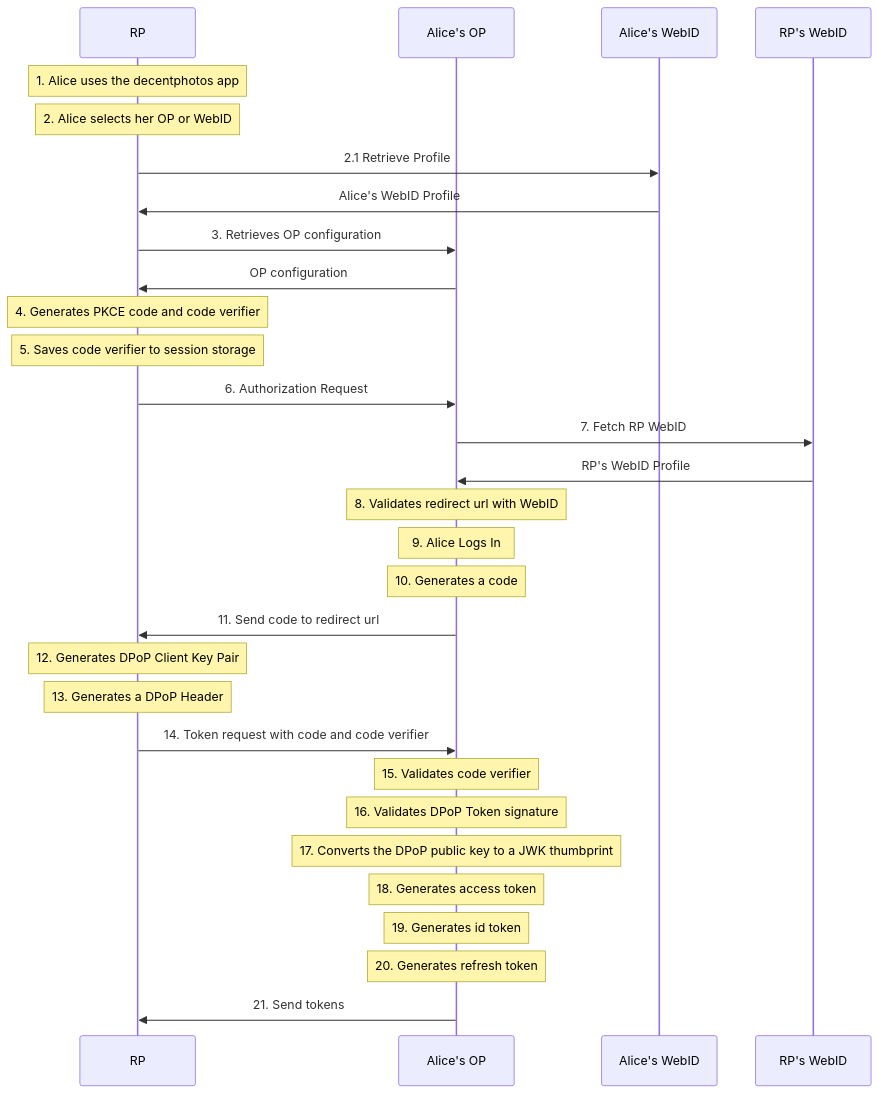
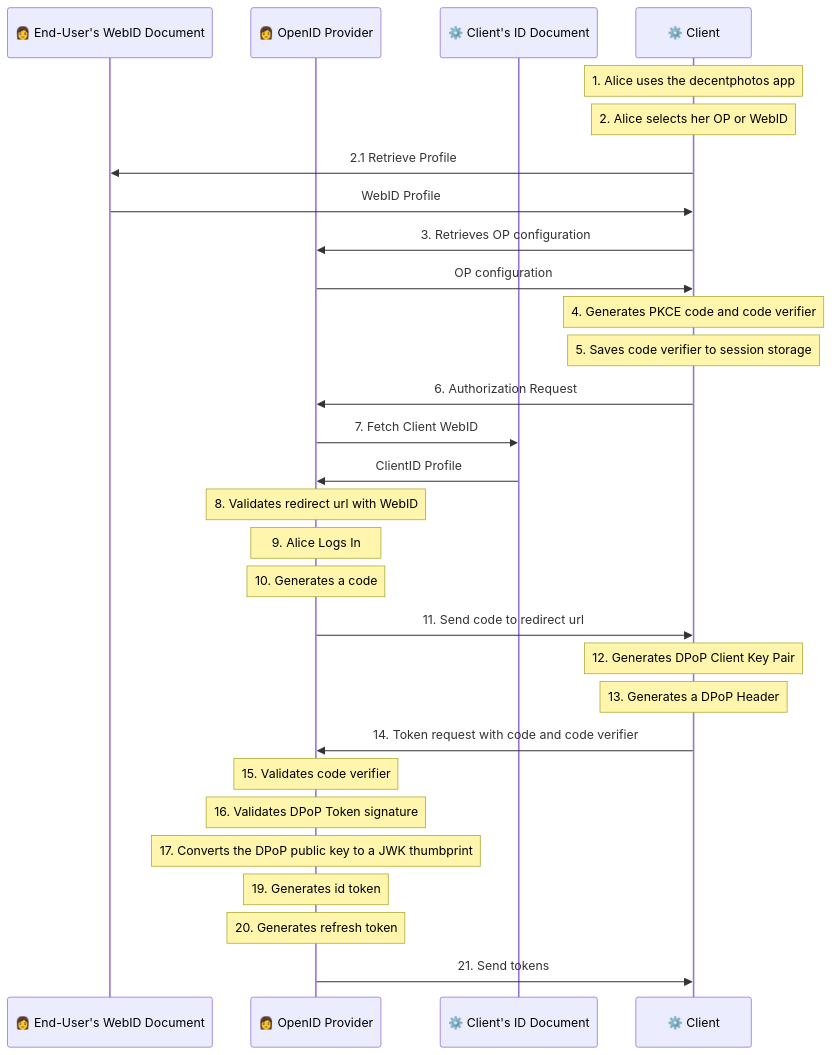
Before and after one commit to solid/solid-oidc: the diagram in primer/primer-login.mmd, drawn with Mermaid. The commit also changed 3 other files, not shown here.

```diff
--- a/primer/primer-login.mmd
+++ b/primer/primer-login.mmd
@@ -1,30 +1,29 @@
 sequenceDiagram
-    participant RP
-    participant Alice's OP
-    participant Alice's WebID
-    participant RP's WebID
-    note over RP: 1. Alice uses the decentphotos app
-    note over RP: 2. Alice selects her OP or WebID
-    RP->>Alice's WebID: 2.1 Retrieve Profile
-    Alice's WebID->>RP: Alice's WebID Profile
-    RP->>Alice's OP: 3. Retrieves OP configuration
-    Alice's OP->>RP: OP configuration
-    note over RP: 4. Generates PKCE code and code verifier
-    note over RP: 5. Saves code verifier to session storage
-    RP->>Alice's OP: 6. Authorization Request
-    Alice's OP->>RP's WebID: 7. Fetch RP WebID
-    RP's WebID->>Alice's OP: RP's WebID Profile
-    note over Alice's OP: 8. Validates redirect url with WebID
-    note over Alice's OP: 9. Alice Logs In
-    note over Alice's OP: 10. Generates a code
-    Alice's OP->>RP: 11. Send code to redirect url
-    note over RP: 12. Generates DPoP Client Key Pair
-    note over RP: 13. Generates a DPoP Header
-    RP->>Alice's OP: 14. Token request with code and code verifier
-    note over Alice's OP: 15. Validates code verifier
-    note over Alice's OP: 16. Validates DPoP Token signature
-    note over Alice's OP: 17. Converts the DPoP public key to a JWK thumbprint
-    note over Alice's OP: 18. Generates access token
-    note over Alice's OP: 19. Generates id token
-    note over Alice's OP: 20. Generates refresh token
-    Alice's OP->>RP: 21. Send tokens
+  participant WebID as 👩 End-User's WebID Document
+  participant OP as 👩 OpenID Provider
+  participant ClientID as ⚙️ Client's ID Document
+  participant Client as ⚙️ Client
+  note over Client: 1. Alice uses the decentphotos app
+  note over Client: 2. Alice selects her OP or WebID
+  Client->>WebID: 2.1 Retrieve Profile
+  WebID->>Client: WebID Profile
+  Client->>OP: 3. Retrieves OP configuration
+  OP->>Client: OP configuration
+  note over Client: 4. Generates PKCE code and code verifier
+  note over Client: 5. Saves code verifier to session storage
+  Client->>OP: 6. Authorization Request
+  OP->>ClientID: 7. Fetch Client WebID
+  ClientID->>OP: ClientID Profile
+  note over OP: 8. Validates redirect url with WebID
+  note over OP: 9. Alice Logs In
+  note over OP: 10. Generates a code
+  OP->>Client: 11. Send code to redirect url
+  note over Client: 12. Generates DPoP Client Key Pair
+  note over Client: 13. Generates a DPoP Header
+  Client->>OP: 14. Token request with code and code verifier
+  note over OP: 15. Validates code verifier
+  note over OP: 16. Validates DPoP Token signature
+  note over OP: 17. Converts the DPoP public key to a JWK thumbprint
+  note over OP: 19. Generates id token
+  note over OP: 20. Generates refresh token
+  OP->>Client: 21. Send tokens
```
